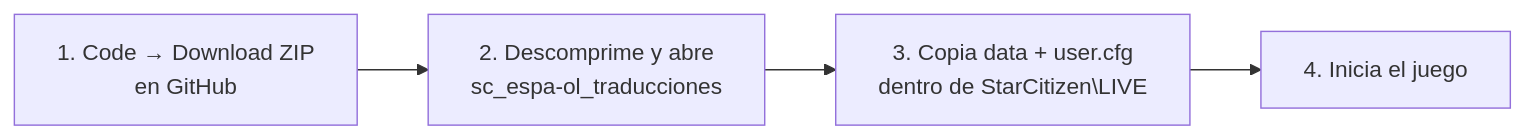
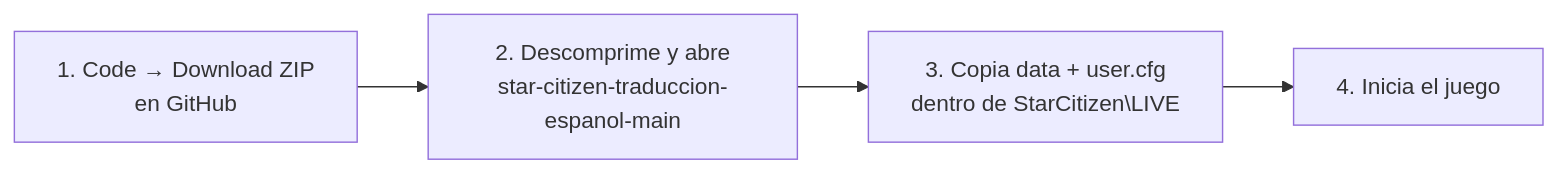
The first of 4 diagrams in README.md (8Leonart/sc_espa-ol_traducciones), drawn with Mermaid before and after one commit. The commit also changed other lines of this file, not shown here.

Commit message:
README: badges, download links, contribute section, folder name

````diff
--- a/README.md
+++ b/README.md
@@ -33,6 +48,6 @@
 ```mermaid
 flowchart LR
-    A[1. Code → Download ZIP<br/>en GitHub] --> B[2. Descomprime y abre<br/>sc_espa-ol_traducciones]
+    A[1. Code → Download ZIP<br/>en GitHub] --> B[2. Descomprime y abre<br/>star-citizen-traduccion-espanol-main]
     B --> C[3. Copia data + user.cfg<br/>dentro de StarCitizen\LIVE]
     C --> D[4. Inicia el juego]
 ```
````
